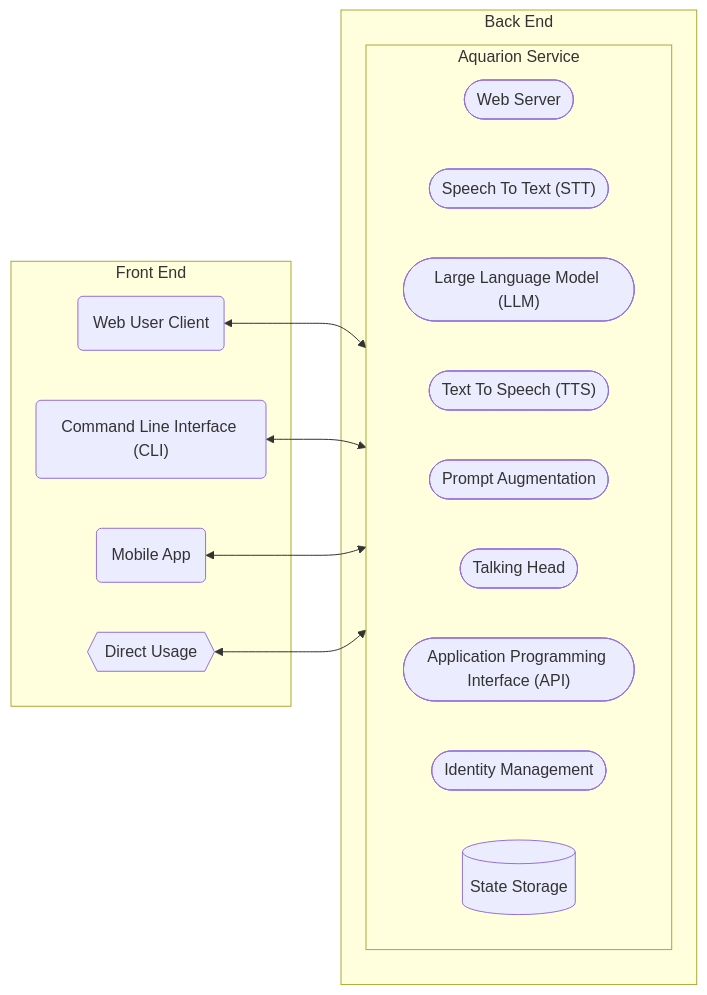
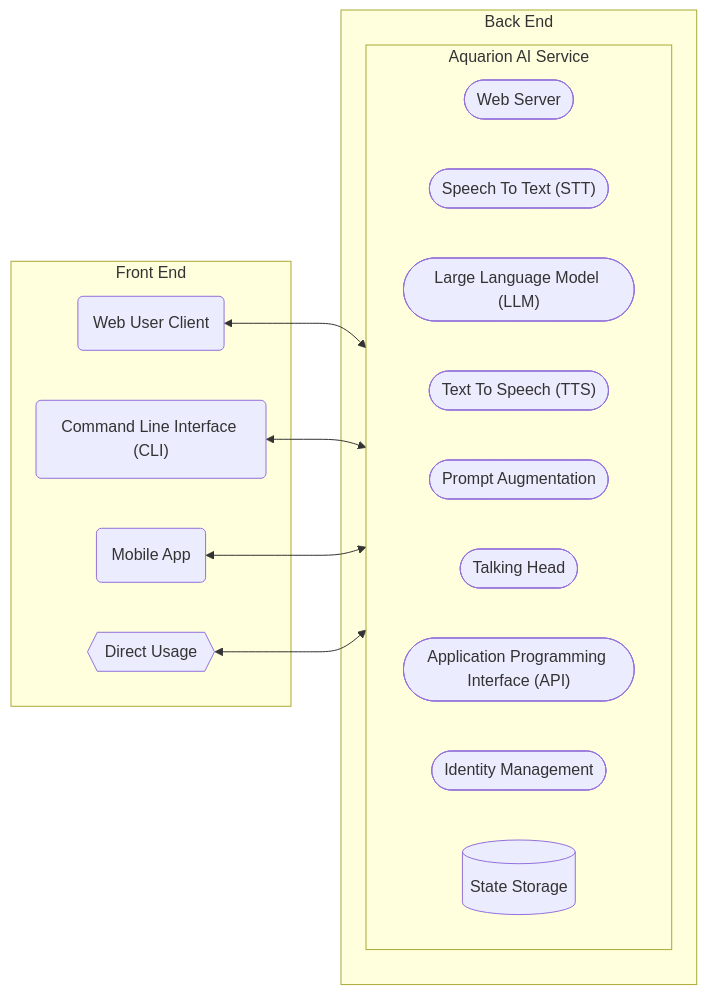
The seventh of 9 diagrams in docs/system_architectures.md (aquarion-ai/aquarion-docs), drawn with Mermaid before and after one commit. The commit also changed other lines of this file and 1 other file, not shown here.

````diff
--- a/docs/system_architectures.md
+++ b/docs/system_architectures.md
@@ -297,27 +297,27 @@
 ```mermaid
 graph LR
 
 subgraph front[Front End]
   webclient(Web User Client)
   cli("Command Line Interface (CLI)")
   mobile(Mobile App)
   direct{{Direct Usage}}
 end
 
 subgraph back[Back End]
-  subgraph server[Aquarion Service]
+  subgraph server[Aquarion AI Service]
     direction LR
     webserver([Web Server])
     stt(["Speech To Text (STT)"])
     llm(["Large Language Model (LLM)"])
     tts(["Text To Speech (TTS)"])
     prompt([Prompt Augmentation])
     head([Talking Head])
     api(["Application Programming Interface (API)"])
     auth([Identity Management])
     db[("State Storage")]
   end
 end
 
 webclient & cli & mobile & direct <--> server
 ```
````
